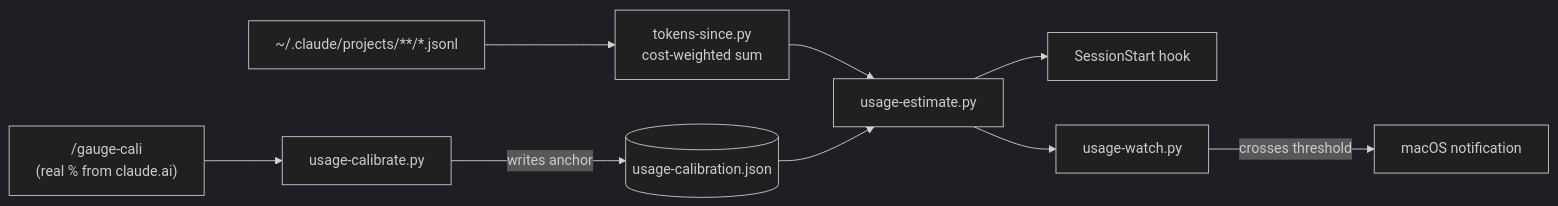
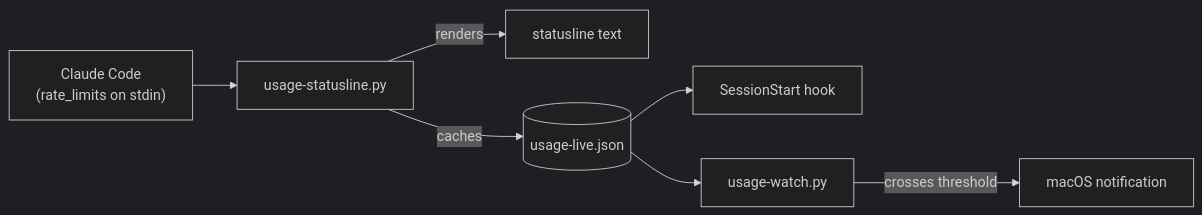
Before and after one commit to rajanshxrma/claude-quota-gauge: the diagram in README.md, drawn with Mermaid (dark theme). The commit also changed other lines of this file and 16 other files, not shown here.

First line of the commit message:
replaced local cost-weighted estimation with Claude Code's real rate_limits data

````diff
--- a/README.md
+++ b/README.md
@@ -61,11 +59,9 @@
 ```mermaid
 flowchart LR
-    A["~/.claude/projects/**/*.jsonl"] --> B[tokens-since.py<br/>cost-weighted sum]
-    B --> C[usage-estimate.py]
-    D["/gauge-cali<br/>(real % from claude.ai)"] --> E[usage-calibrate.py]
-    E -->|writes anchor| F[(usage-calibration.json)]
-    F --> C
-    C --> G[SessionStart hook]
-    C --> H[usage-watch.py]
-    H -->|crosses threshold| I[macOS notification]
+    A["Claude Code<br/>(rate_limits on stdin)"] --> B[usage-statusline.py]
+    B -->|renders| C[statusline text]
+    B -->|caches| D[(usage-live.json)]
+    D --> E[SessionStart hook]
+    D --> F[usage-watch.py]
+    F -->|crosses threshold| G[macOS notification]
 ```
````
